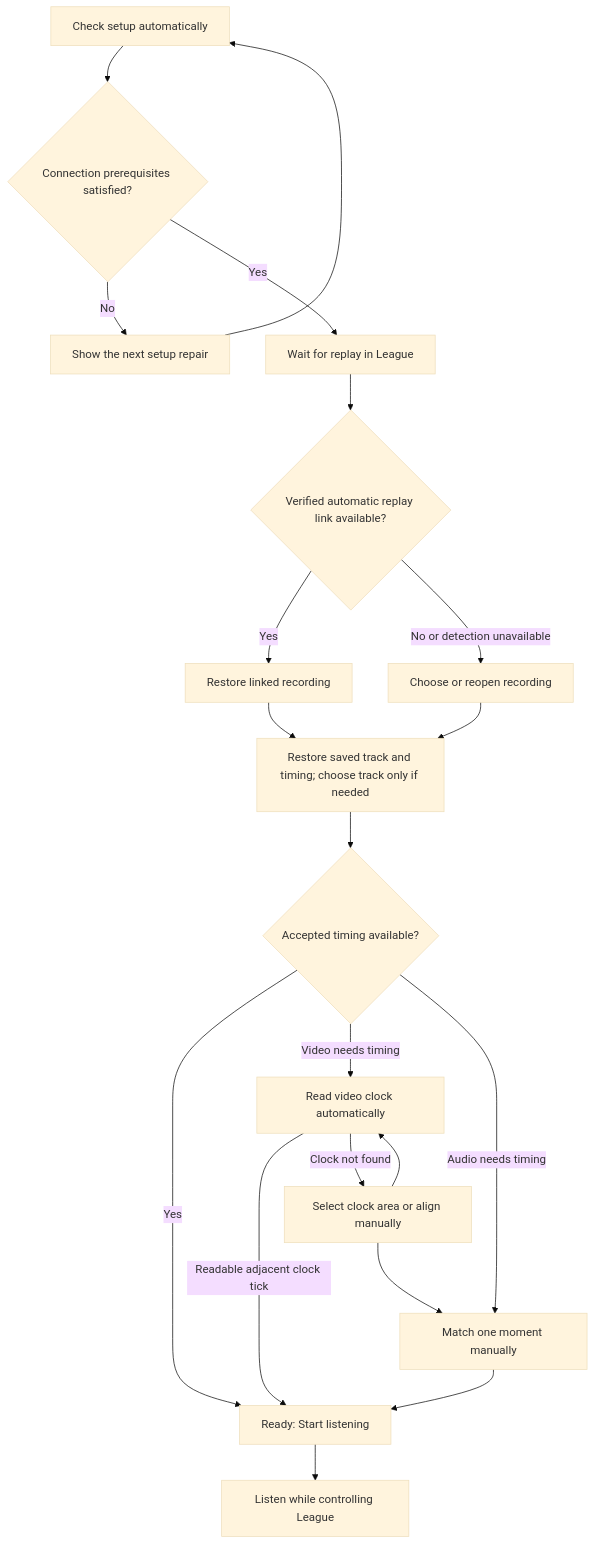
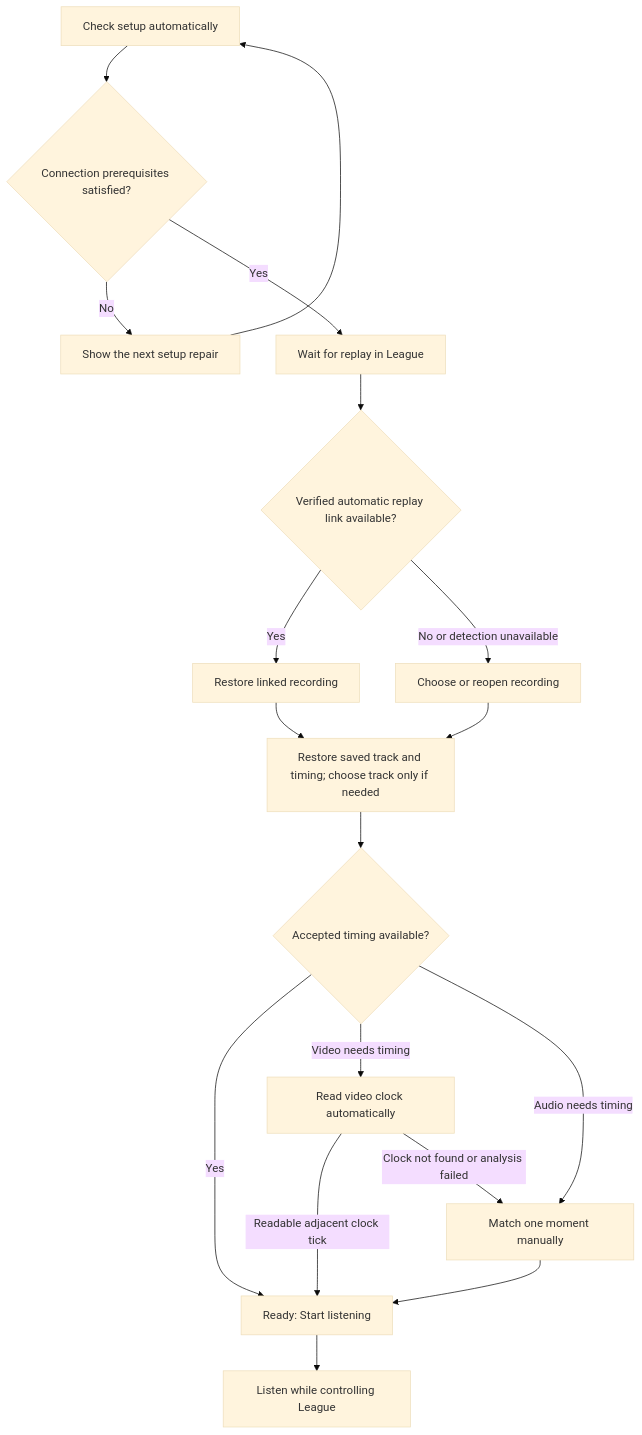
The diagram in UX_DESIGN.md (felixmirave/league-replay-comms), drawn with Mermaid (base theme) before and after one commit. The commit also changed other lines of this file and 37 other files, not shown here.

````diff
--- a/UX_DESIGN.md
+++ b/UX_DESIGN.md
@@ -33,22 +33,20 @@
 ```mermaid
 flowchart TD
     A[Check setup automatically] --> B{Connection prerequisites satisfied?}
     B -->|No| C[Show the next setup repair]
     C --> A
     B -->|Yes| D[Wait for replay in League]
     D --> F{Verified automatic replay link available?}
     F -->|Yes| G[Restore linked recording]
     F -->|No or detection unavailable| H[Choose or reopen recording]
     G --> I[Restore saved track and timing; choose track only if needed]
     H --> I
     I --> J{Accepted timing available?}
     J -->|Yes| N[Ready: Start listening]
     J -->|Video needs timing| K[Read video clock automatically]
     J -->|Audio needs timing| L[Match one moment manually]
     K -->|Readable adjacent clock tick| N
-    K -->|Clock not found| O[Select clock area or align manually]
-    O --> K
-    O --> L
+    K -->|Clock not found or analysis failed| L
     L --> N
     N --> P[Listen while controlling League]
 ```
````
